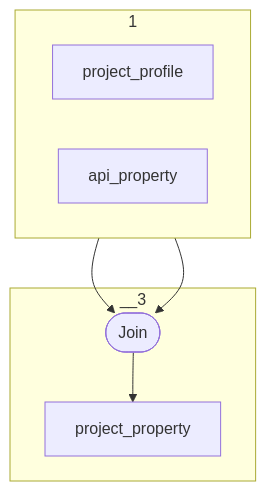
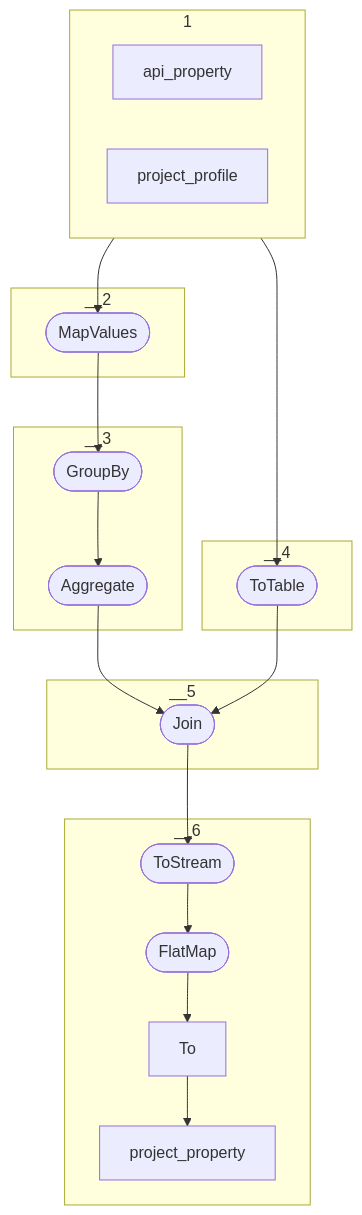
Before and after one commit to geovistory/toolbox-streams: the diagram in app/src/main/java/org/geovistory/toolbox/streams/app/ProjectPropertyTopology.md, drawn with Mermaid. The commit also changed other lines of this file and 1 other file, not shown here.

````diff
--- a/app/src/main/java/org/geovistory/toolbox/streams/app/ProjectPropertyTopology.md
+++ b/app/src/main/java/org/geovistory/toolbox/streams/app/ProjectPropertyTopology.md
@@ -3,17 +3,32 @@
 ```mermaid
 flowchart TD
-    1a-->3a
-    1b-->3a
-    3a-->3b
+    1b-->2a-->3a-->3b-->5a
+    1a-->4a
+    4a-->5a-->6a-->6b-->6c-->6d
     subgraph 1
         direction RL
         1a[project_profile]
         1b[api_property]
     end
+    subgraph __2
+        2a([MapValues])
+    end
     subgraph __3
-        3a([Join])
-        3b[project_property]    
+        3a([GroupBy])
+        3b([Aggregate])
+    end
+    subgraph __4
+        4a([ToTable])
+    end
+    subgraph __5
+        5a([Join])
+    end
+       subgraph __6
+        6a([ToStream])
+        6b([FlatMap])
+        6c[To]
+        6d[project_property]    
     end
     
 
 ```
````
